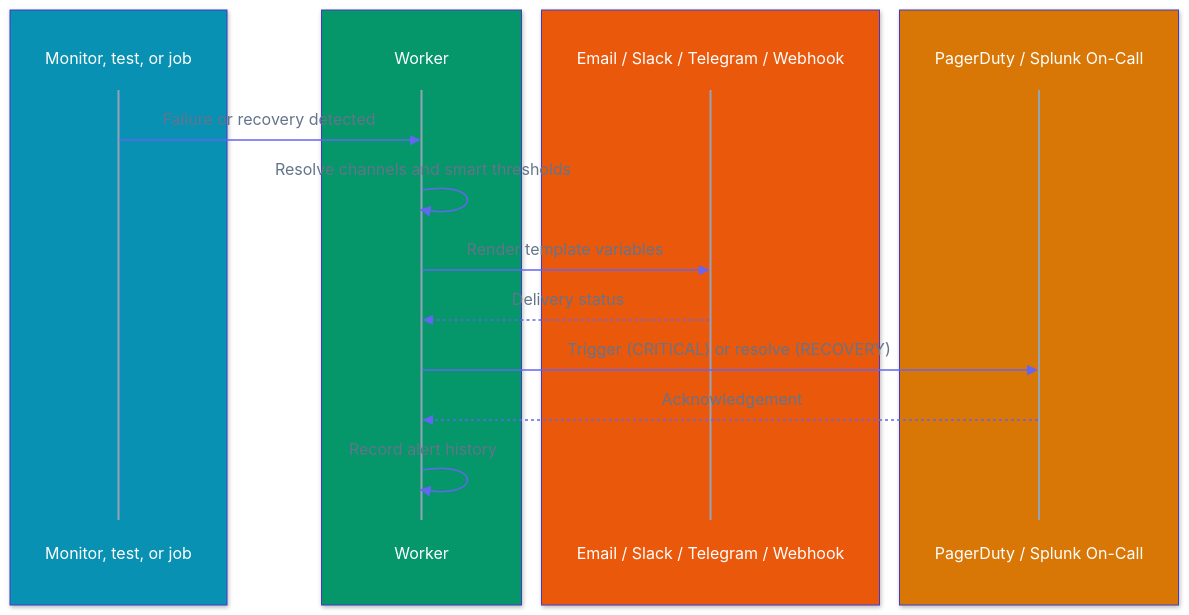
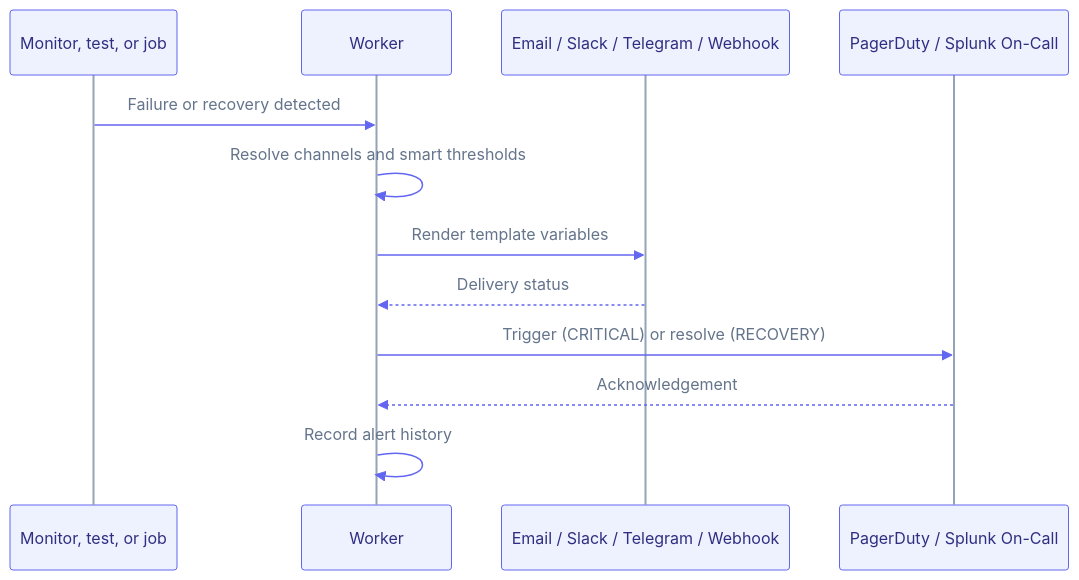
Before and after one commit to supercheck-io/supercheck: the diagram in docs/content/docs/app/communicate/alerts.mdx, drawn with Mermaid. The commit also changed 11 other files, not shown here.

First line of the commit message:
docs: clean up sequence diagram colors and readability

````diff
--- a/docs/content/docs/app/communicate/alerts.mdx
+++ b/docs/content/docs/app/communicate/alerts.mdx
@@ -9,24 +9,16 @@
 ```mermaid
-%%{init: {"theme":"base","themeVariables":{"fontFamily":"ui-sans-serif, system-ui, -apple-system, Segoe UI, Roboto, sans-serif","primaryColor":"#6366f1","primaryTextColor":"#ffffff","primaryBorderColor":"#4338ca","lineColor":"#94a3b8","actorBkg":"transparent","actorBorder":"transparent","actorTextColor":"#ffffff","actorLineColor":"#94a3b8","signalColor":"#6366f1","signalTextColor":"#64748b","labelBoxBkgColor":"#d97706","labelBoxBorderColor":"#b45309","labelTextColor":"#ffffff","loopTextColor":"#64748b","activationBkgColor":"#7c3aed","activationBorderColor":"#6d28d9","noteBkgColor":"#d97706","noteBorderColor":"#b45309","noteTextColor":"#ffffff","textColor":"#64748b","mainBkg":"#ffffff"}}}%%
+%%{init: {"theme":"base","themeVariables":{"fontFamily":"ui-sans-serif, system-ui, -apple-system, Segoe UI, Roboto, sans-serif","actorBkg":"#eef2ff","actorBorder":"#6366f1","actorTextColor":"#312e81","actorLineColor":"#94a3b8","signalColor":"#6366f1","signalTextColor":"#64748b","labelBoxBkgColor":"#fef3c7","labelBoxBorderColor":"#d97706","labelTextColor":"#78350f","loopTextColor":"#64748b","activationBkgColor":"#ddd6fe","activationBorderColor":"#7c3aed","noteBkgColor":"#fef3c7","noteBorderColor":"#d97706","noteTextColor":"#78350f","textColor":"#64748b","lineColor":"#94a3b8","mainBkg":"transparent"}}}%%
 sequenceDiagram
-    box rgb(8,145,178)
-        participant Check as Monitor, test, or job
-    end
-    box rgb(5,150,105)
-        participant Worker as Worker
-    end
-    box rgb(234,88,12)
-        participant Channel as Email / Slack / Telegram / Webhook
-    end
-    box rgb(217,119,6)
-        participant OnCall as PagerDuty / Splunk On-Call
-    end
+    participant Check as Monitor, test, or job
+    participant Worker as Worker
+    participant Channel as Email / Slack / Telegram / Webhook
+    participant OnCall as PagerDuty / Splunk On-Call
 
     Check->>Worker: Failure or recovery detected
     Worker->>Worker: Resolve channels and smart thresholds
     Worker->>Channel: Render template variables
     Channel-->>Worker: Delivery status
     Worker->>OnCall: Trigger (CRITICAL) or resolve (RECOVERY)
     OnCall-->>Worker: Acknowledgement
     Worker->>Worker: Record alert history
 ```
````
